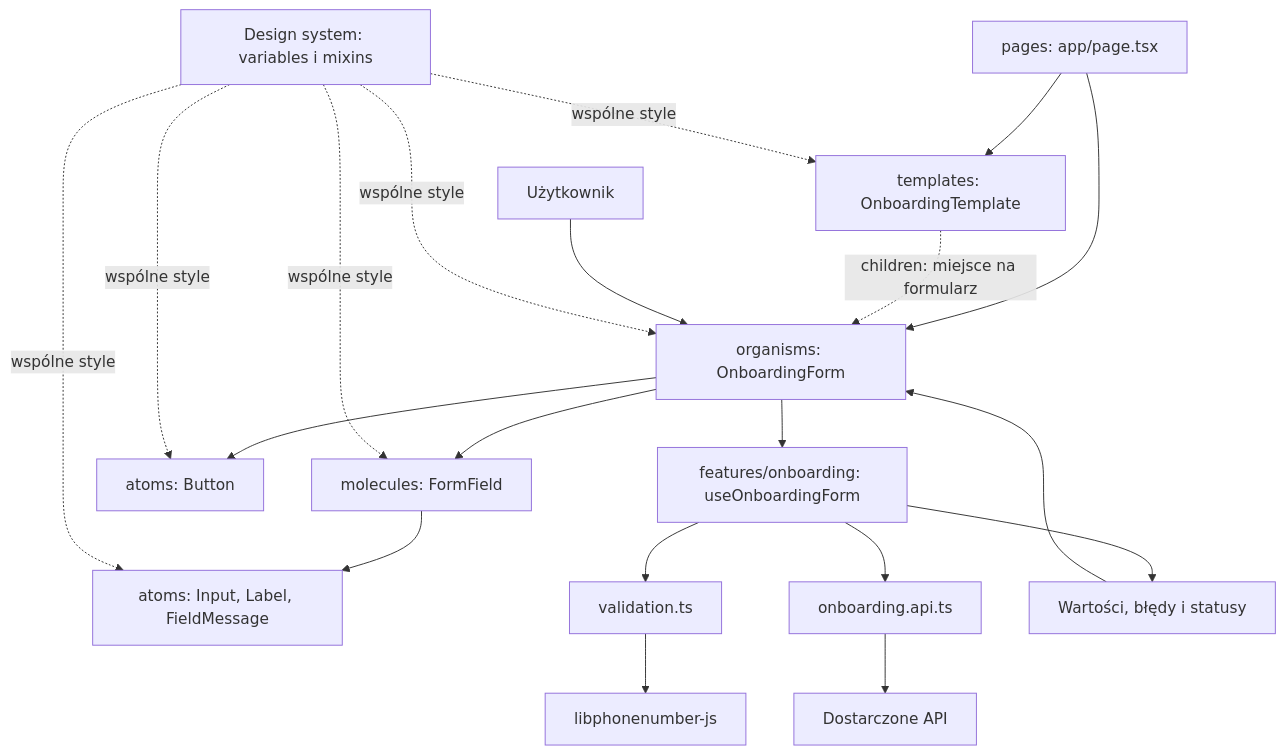
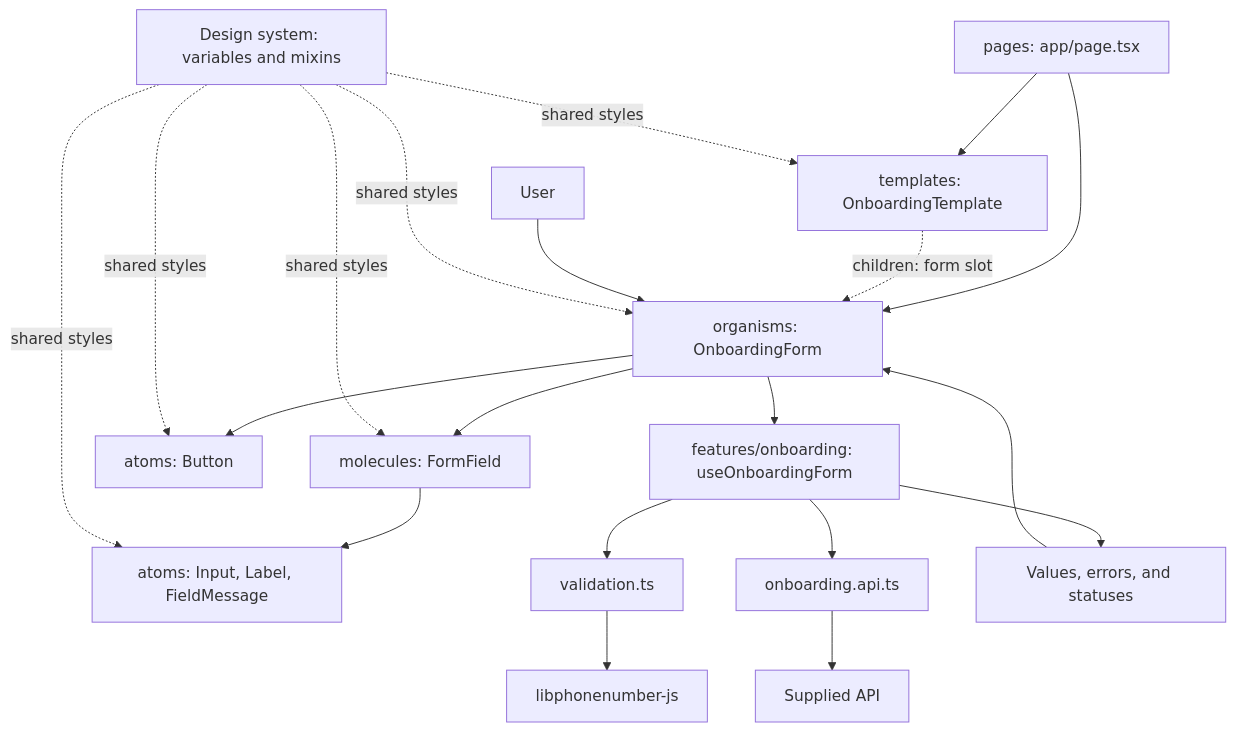
Before and after one commit to dominik-m1/venn: the first of 2 diagrams in IMPLEMENTATION_PLAN.md, drawn with Mermaid. The commit also changed other lines of this file and 3 other files, not shown here.

````diff
--- a/IMPLEMENTATION_PLAN.md
+++ b/IMPLEMENTATION_PLAN.md
@@ -336,22 +336,22 @@
 ```mermaid
 flowchart TD
     Page["pages: app/page.tsx"] --> Template["templates: OnboardingTemplate"]
     Page --> Form["organisms: OnboardingForm"]
-    Template -. "children: miejsce na formularz" .-> Form
-    User["Użytkownik"] --> Form
+    Template -. "children: form slot" .-> Form
+    User["User"] --> Form
     Form --> Field["molecules: FormField"]
     Field --> Atoms["atoms: Input, Label, FieldMessage"]
     Form --> Button["atoms: Button"]
     Form --> Hook["features/onboarding: useOnboardingForm"]
     Hook --> Rules["validation.ts"]
     Rules --> Phone["libphonenumber-js"]
     Hook --> API["onboarding.api.ts"]
-    API --> Backend["Dostarczone API"]
-    Hook --> State["Wartości, błędy i statusy"]
+    API --> Backend["Supplied API"]
+    Hook --> State["Values, errors, and statuses"]
     State --> Form
-    Design["Design system: variables i mixins"] -. "wspólne style" .-> Template
-    Design -. "wspólne style" .-> Form
-    Design -. "wspólne style" .-> Field
-    Design -. "wspólne style" .-> Atoms
-    Design -. "wspólne style" .-> Button
+    Design["Design system: variables and mixins"] -. "shared styles" .-> Template
+    Design -. "shared styles" .-> Form
+    Design -. "shared styles" .-> Field
+    Design -. "shared styles" .-> Atoms
+    Design -. "shared styles" .-> Button
 ```
````
